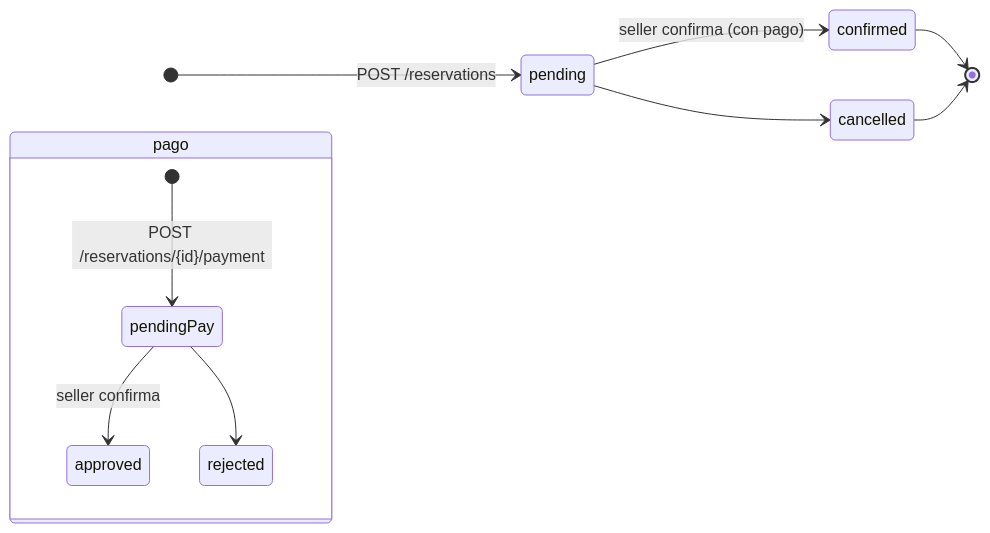
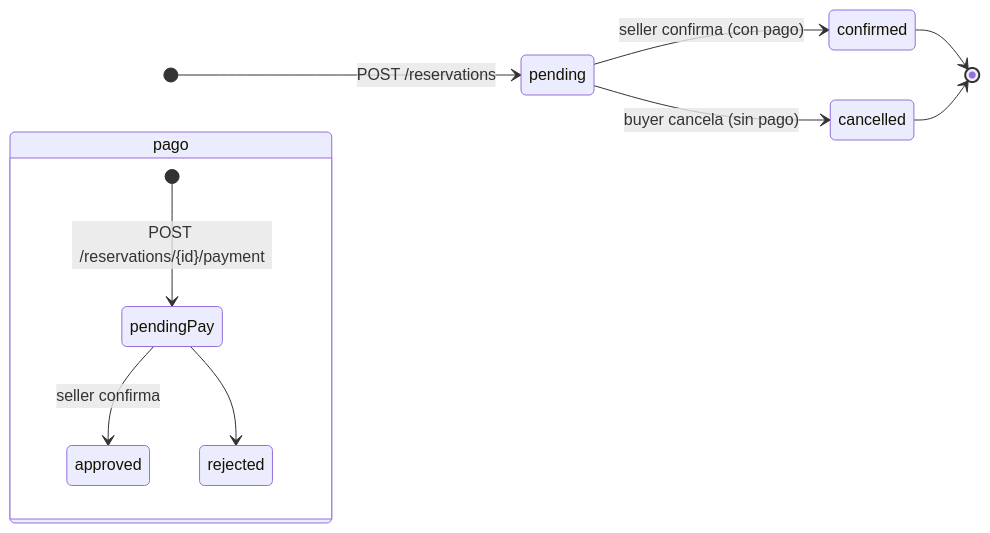
One commit to pinolrent/pinolrent-api changed the second of 2 diagrams in docs/arquitectura.md. Above: the diagram before and after it, drawn with Mermaid. The commit also changed other lines of this file and 19 other files, not shown here.

Commit message:
docs: document pagination, cancel flow and /auth/me

````diff
--- a/docs/arquitectura.md
+++ b/docs/arquitectura.md
@@ -84,15 +84,15 @@
 ```mermaid
 stateDiagram-v2
     direction LR
     [*] --> pending: POST /reservations
     pending --> confirmed: seller confirma (con pago)
-    pending --> cancelled
+    pending --> cancelled: buyer cancela (sin pago)
     confirmed --> [*]
     cancelled --> [*]
 
     state "pago" as p {
         [*] --> pendingPay: POST /reservations/{id}/payment
         pendingPay --> approved: seller confirma
         pendingPay --> rejected
     }
 ```
````
